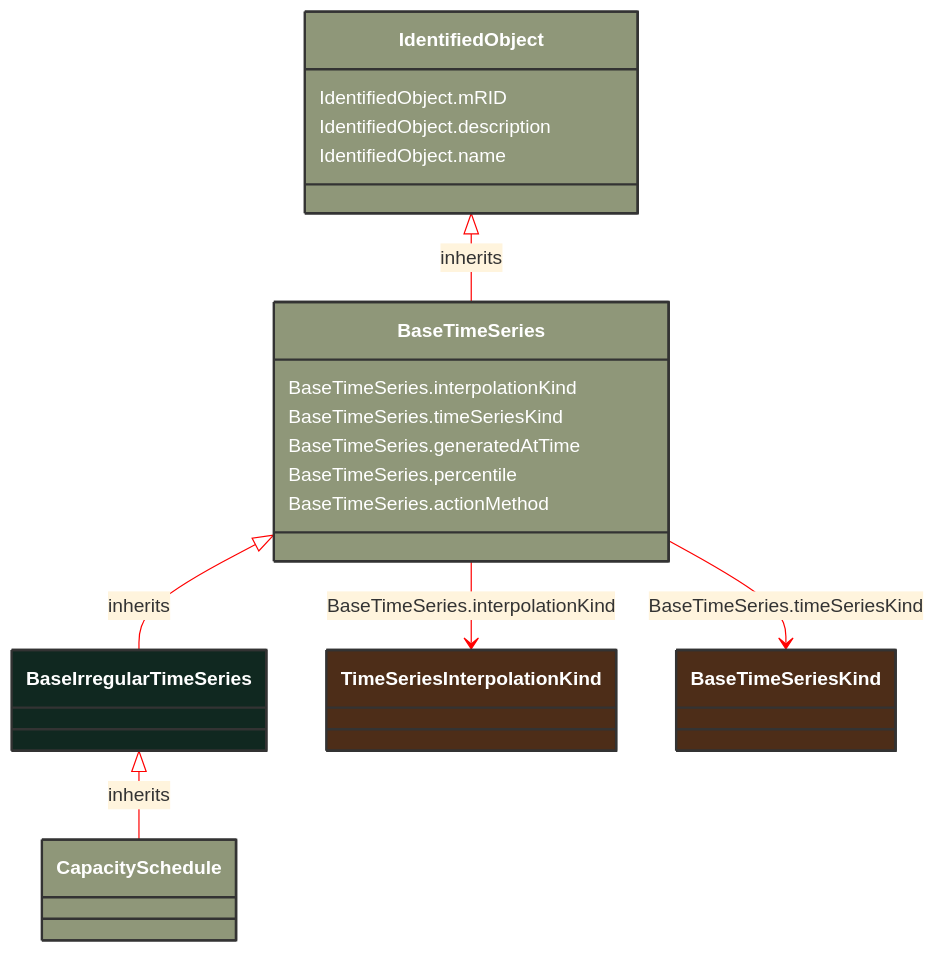
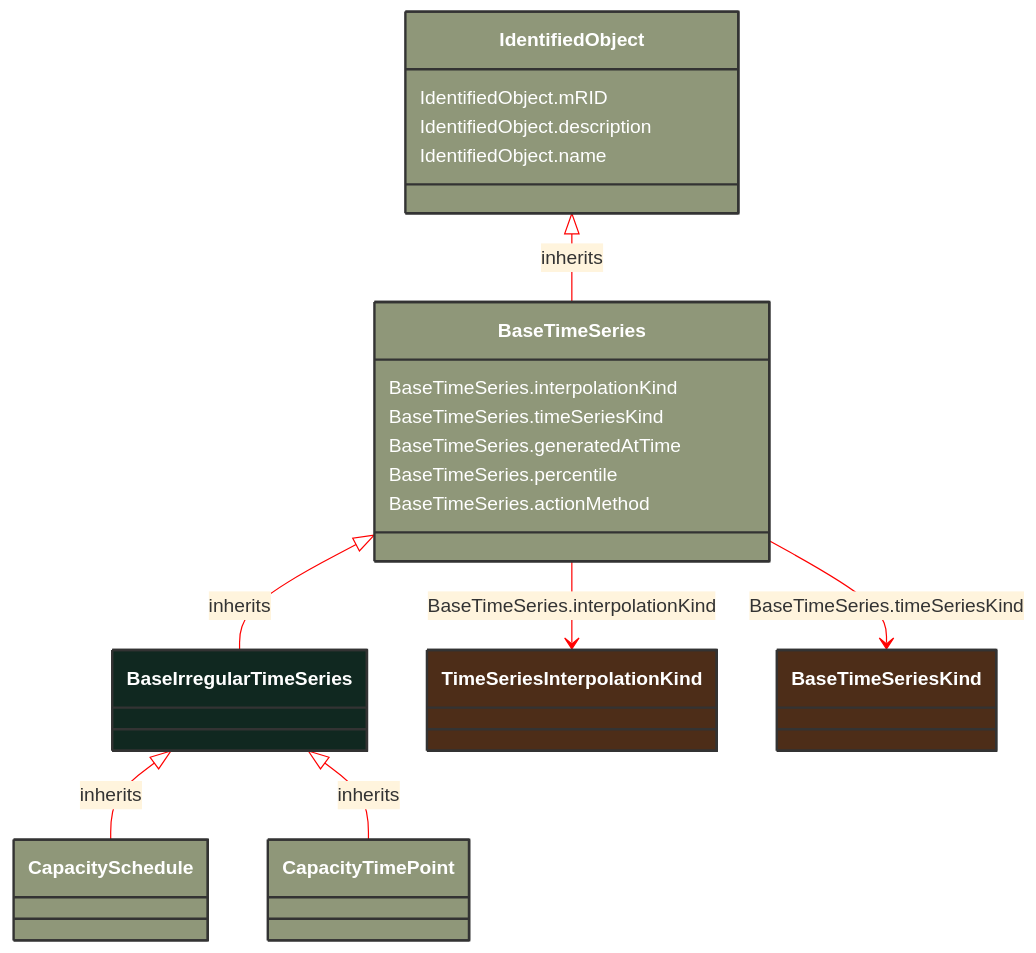
Before and after one commit to 3lbits/NoCIMExtensions: the diagram in docs/Models/Profiles/GridCapacity/AbstractClasses/BaseIrregularTimeSeries.md, drawn with Mermaid. The commit also changed 63 other files, not shown here.

````diff
--- a/docs/Models/Profiles/GridCapacity/AbstractClasses/BaseIrregularTimeSeries.md
+++ b/docs/Models/Profiles/GridCapacity/AbstractClasses/BaseIrregularTimeSeries.md
@@ -10,42 +10,48 @@
 ```mermaid
 %%{init: {'theme':'base','themeVariables': {'lineColor': '#FF0000'}}}%%
 classDiagram
     class BaseIrregularTimeSeries
     click BaseIrregularTimeSeries href "/Models/Profiles/GridCapacity/AbstractClasses/BaseIrregularTimeSeries/"
     style BaseIrregularTimeSeries fill:#102820,stroke:#333,stroke-width:2px,rx:10,ry:10,color:white
 
         BaseIrregularTimeSeries <|-- CapacitySchedule : inherits
 
         CapacitySchedule
             click CapacitySchedule href "/Models/Profiles/GridCapacity/ConcreteClasses/CapacitySchedule/"
             style CapacitySchedule fill:#8F9779,stroke:#333,stroke-width:2px,rx:10,ry:10,color:white
+
+        BaseIrregularTimeSeries <|-- CapacityTimePoint : inherits
+
+        CapacityTimePoint
+            click CapacityTimePoint href "/Models/Profiles/GridCapacity/ConcreteClasses/CapacityTimePoint/"
+            style CapacityTimePoint fill:#8F9779,stroke:#333,stroke-width:2px,rx:10,ry:10,color:white
      
         BaseTimeSeries <|-- BaseIrregularTimeSeries : inherits
             click BaseTimeSeries href "/Models/Profiles/GridCapacity/AbstractClasses/BaseTimeSeries/"
             style BaseTimeSeries fill:#8F9779,stroke:#333,stroke-width:2px,rx:10,ry:10,color:white
      
         IdentifiedObject <|-- BaseTimeSeries : inherits
             click IdentifiedObject href "/Models/Profiles/GridCapacity/AbstractClasses/IdentifiedObject/"
             style IdentifiedObject fill:#8F9779,stroke:#333,stroke-width:2px,rx:10,ry:10,color:white
 
 
         BaseTimeSeries --> TimeSeriesInterpolationKind : BaseTimeSeries.interpolationKind
 
         TimeSeriesInterpolationKind
             click TimeSeriesInterpolationKind href "/Models/Profiles/GridCapacity/Enumerations/TimeSeriesInterpolationKind/"
             style TimeSeriesInterpolationKind fill:#4D2D18,stroke:#333,stroke-width:2px,rx:10,ry:10,color:white
         BaseTimeSeries --> BaseTimeSeriesKind : BaseTimeSeries.timeSeriesKind
 
         BaseTimeSeriesKind
             click BaseTimeSeriesKind href "/Models/Profiles/GridCapacity/Enumerations/BaseTimeSeriesKind/"
             style BaseTimeSeriesKind fill:#4D2D18,stroke:#333,stroke-width:2px,rx:10,ry:10,color:white
 
         BaseTimeSeries : BaseTimeSeries.interpolationKind
         BaseTimeSeries : BaseTimeSeries.timeSeriesKind
         BaseTimeSeries : BaseTimeSeries.generatedAtTime
         BaseTimeSeries : BaseTimeSeries.percentile
         BaseTimeSeries : BaseTimeSeries.actionMethod
         IdentifiedObject : IdentifiedObject.mRID
         IdentifiedObject : IdentifiedObject.description
         IdentifiedObject : IdentifiedObject.name
 ```
````
